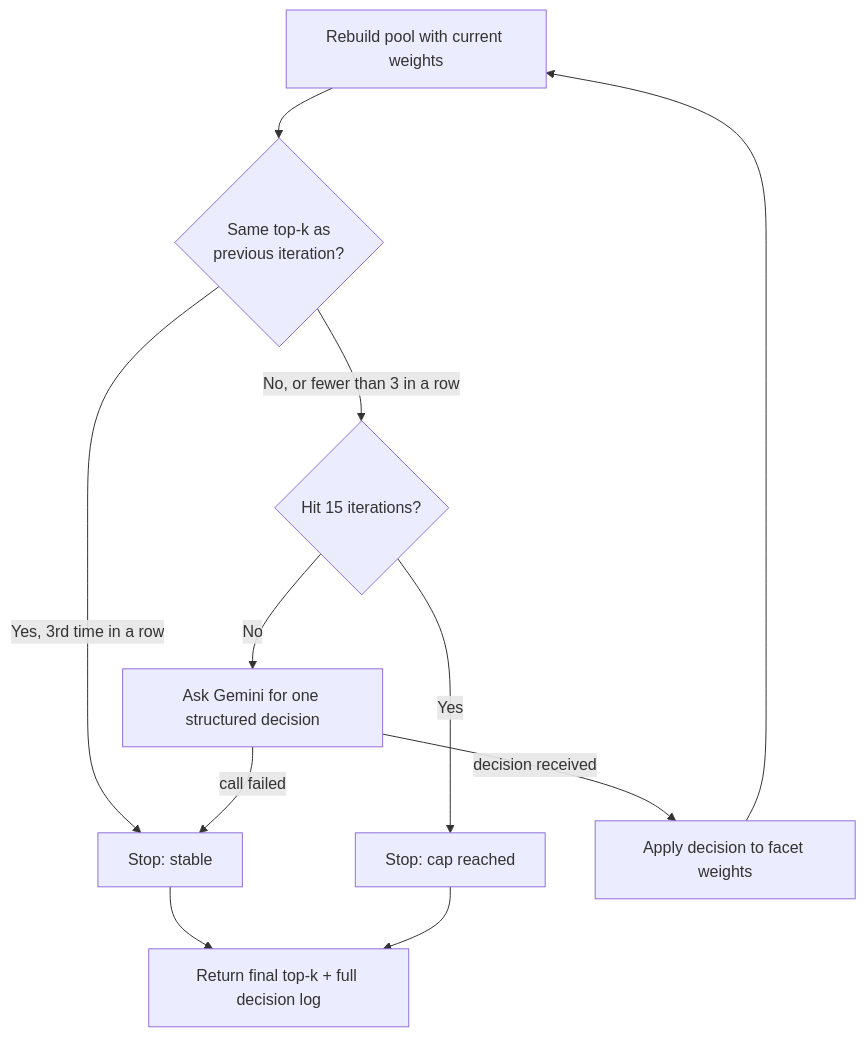
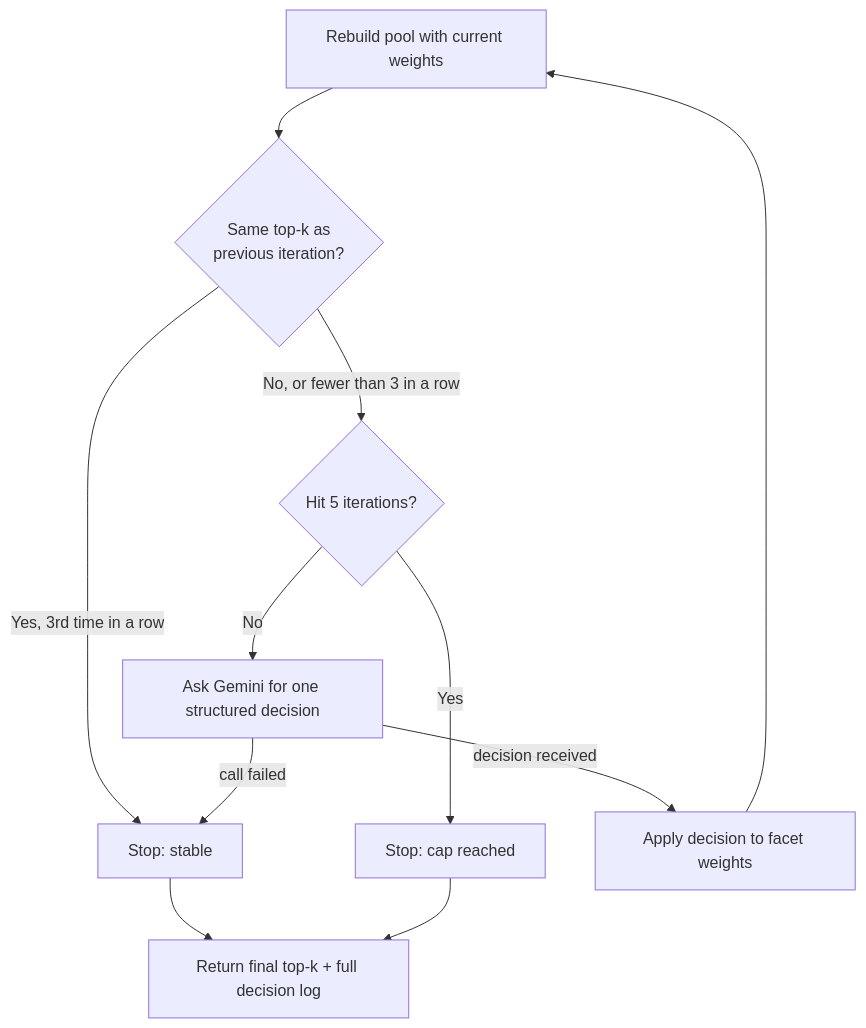
The third of 3 diagrams in assets/design_spec.md (matt-skokos/applied-ai-music-recommender-w-agentic-loop), drawn with Mermaid before and after one commit. The commit also changed other lines of this file and 4 other files, not shown here.

````diff
--- a/assets/design_spec.md
+++ b/assets/design_spec.md
@@ -327,13 +330,13 @@
 ```mermaid
 flowchart TD
     A[Rebuild pool with current weights] --> B{Same top-k as<br/>previous iteration?}
     B -- Yes, 3rd time in a row --> C[Stop: stable]
-    B -- No, or fewer than 3 in a row --> D{Hit 15 iterations?}
+    B -- No, or fewer than 3 in a row --> D{Hit 5 iterations?}
     D -- Yes --> E[Stop: cap reached]
     D -- No --> F[Ask Gemini for one structured decision]
     F -- call failed --> C
     F -- decision received --> G[Apply decision to facet weights]
     G --> A
     C --> H[Return final top-k + full decision log]
     E --> H
 ```
````
